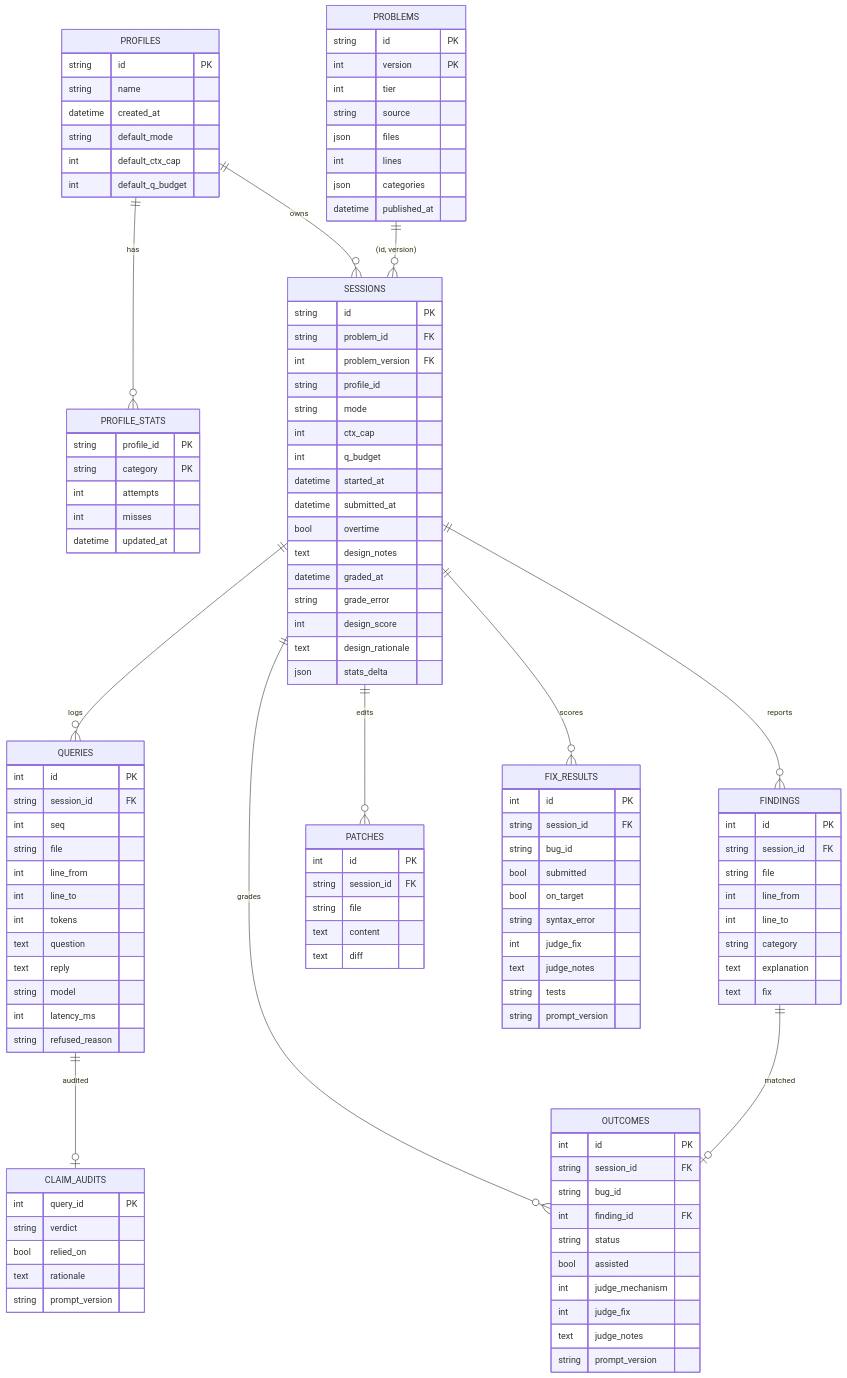
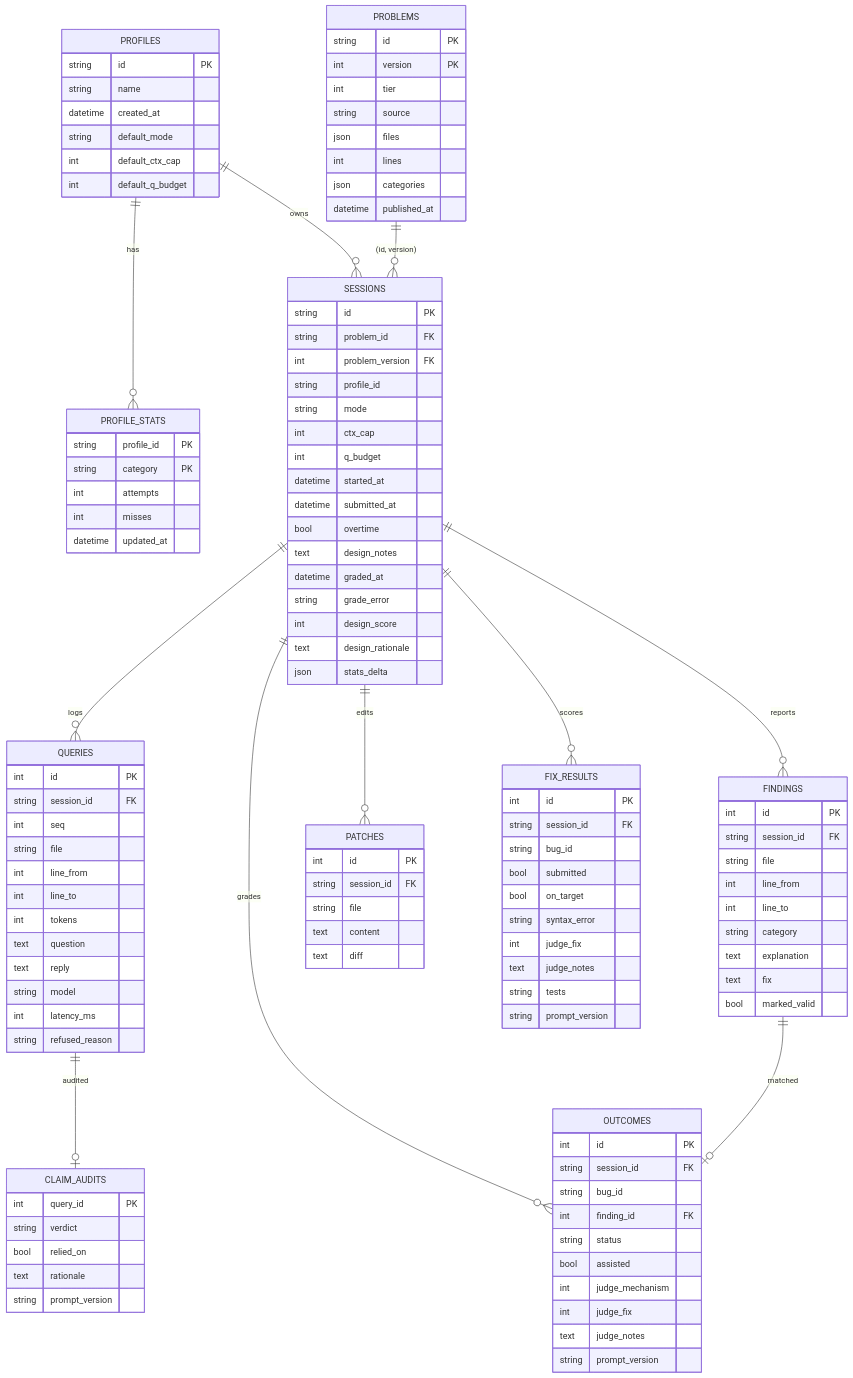
Before and after one commit to debarshi29/scholia: the third of 9 diagrams in docs/architecture/lld.md, drawn with Mermaid. The commit also changed other lines of this file and 7 other files, not shown here.

```diff
--- a/docs/architecture/lld.md
+++ b/docs/architecture/lld.md
@@ -211,6 +211,7 @@
         string category
         text explanation
         text fix
+        bool marked_valid
     }
     OUTCOMES {
         int id PK
```
